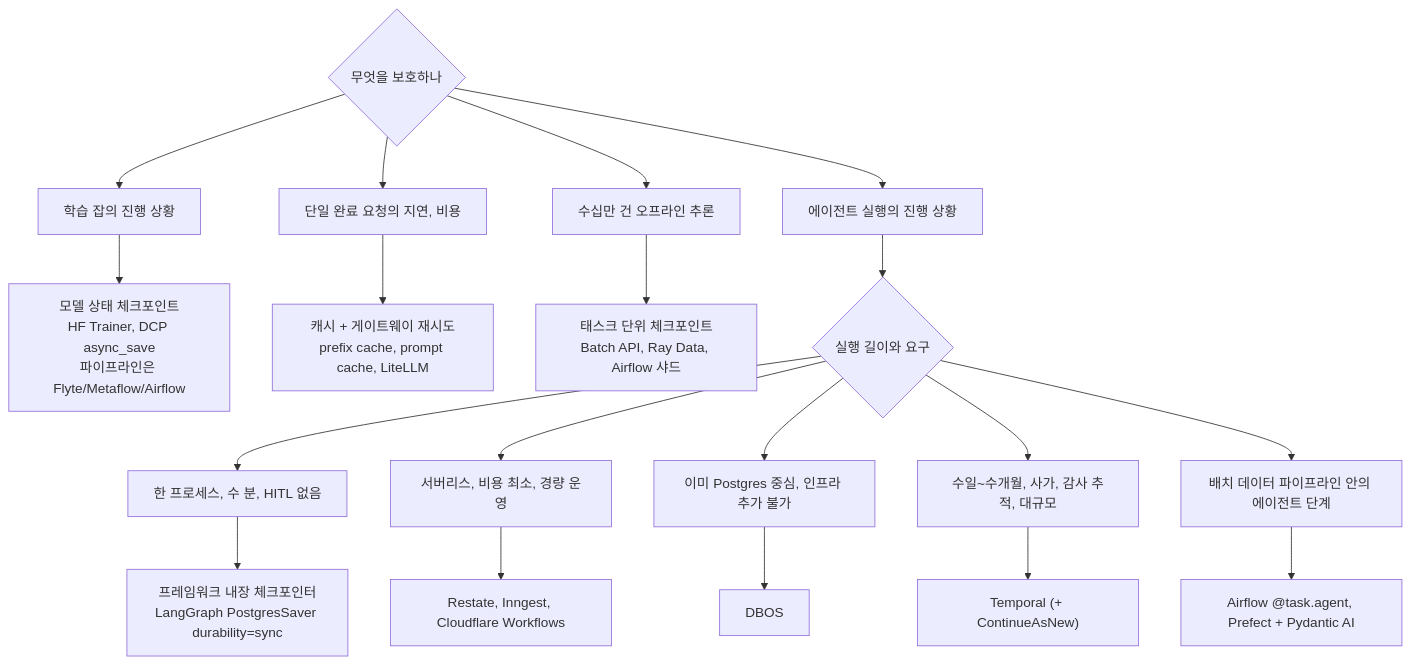
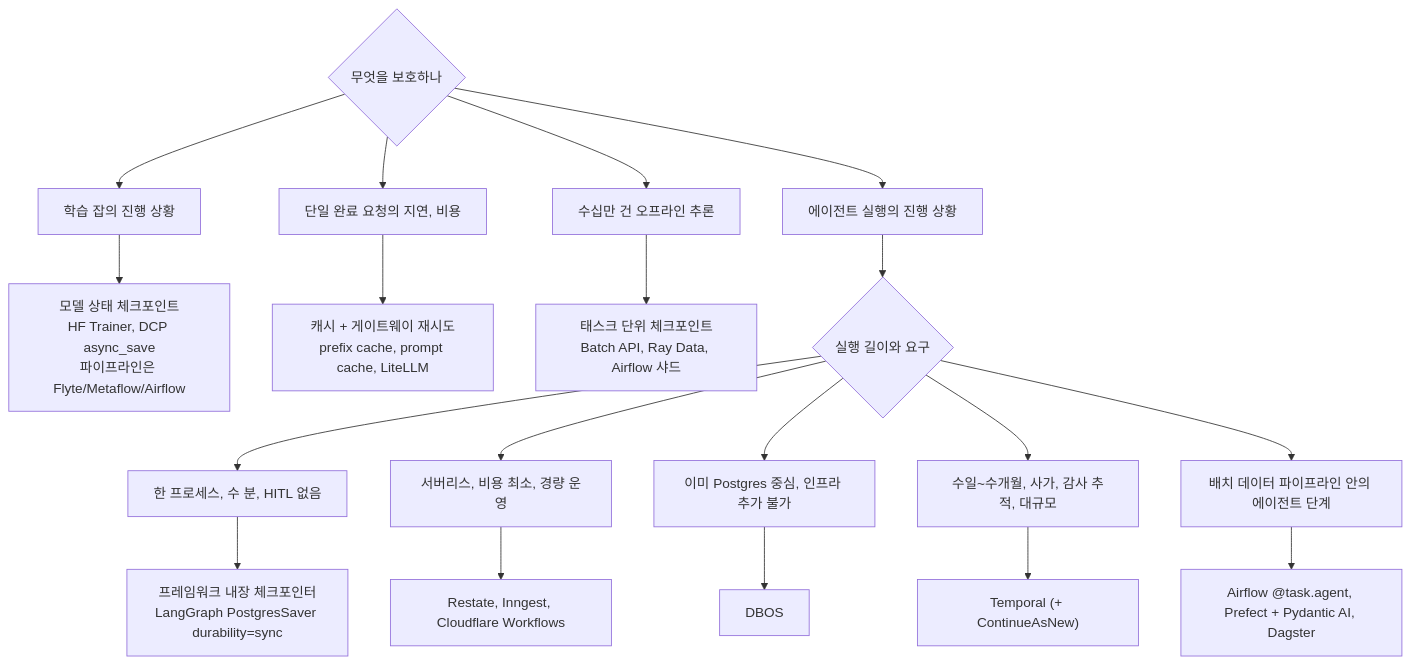
The second of 2 diagrams in docs/posts/AI/agent_checkpoint_durable_execution.md (dotoryeee/blog), drawn with Mermaid before and after one commit. The commit also changed other lines of this file and 1 other file, not shown here.

````diff
--- a/docs/posts/AI/agent_checkpoint_durable_execution.md
+++ b/docs/posts/AI/agent_checkpoint_durable_execution.md
@@ -315,21 +319,21 @@
 ```mermaid
 graph TD
     A{"무엇을 보호하나"} --> B["학습 잡의 진행 상황"]
     B --> B2["모델 상태 체크포인트<br>HF Trainer, DCP async_save<br>파이프라인은 Flyte/Metaflow/Airflow"]
     A --> C["단일 완료 요청의 지연, 비용"]
     C --> C2["캐시 + 게이트웨이 재시도<br>prefix cache, prompt cache, LiteLLM"]
     A --> D["수십만 건 오프라인 추론"]
     D --> D2["태스크 단위 체크포인트<br>Batch API, Ray Data, Airflow 샤드"]
     A --> E["에이전트 실행의 진행 상황"]
     E --> F{"실행 길이와 요구"}
     F --> F1["한 프로세스, 수 분, HITL 없음"]
     F1 --> G1["프레임워크 내장 체크포인터<br>LangGraph PostgresSaver durability=sync"]
     F --> F2["서버리스, 비용 최소, 경량 운영"]
     F2 --> G2["Restate, Inngest, Cloudflare Workflows"]
     F --> F3["이미 Postgres 중심, 인프라 추가 불가"]
     F3 --> G3["DBOS"]
     F --> F4["수일~수개월, 사가, 감사 추적, 대규모"]
     F4 --> G4["Temporal (+ ContinueAsNew)"]
     F --> F5["배치 데이터 파이프라인 안의 에이전트 단계"]
-    F5 --> G5["Airflow @task.agent, Prefect + Pydantic AI"]
+    F5 --> G5["Airflow @task.agent, Prefect + Pydantic AI, Dagster"]
 ```
````
